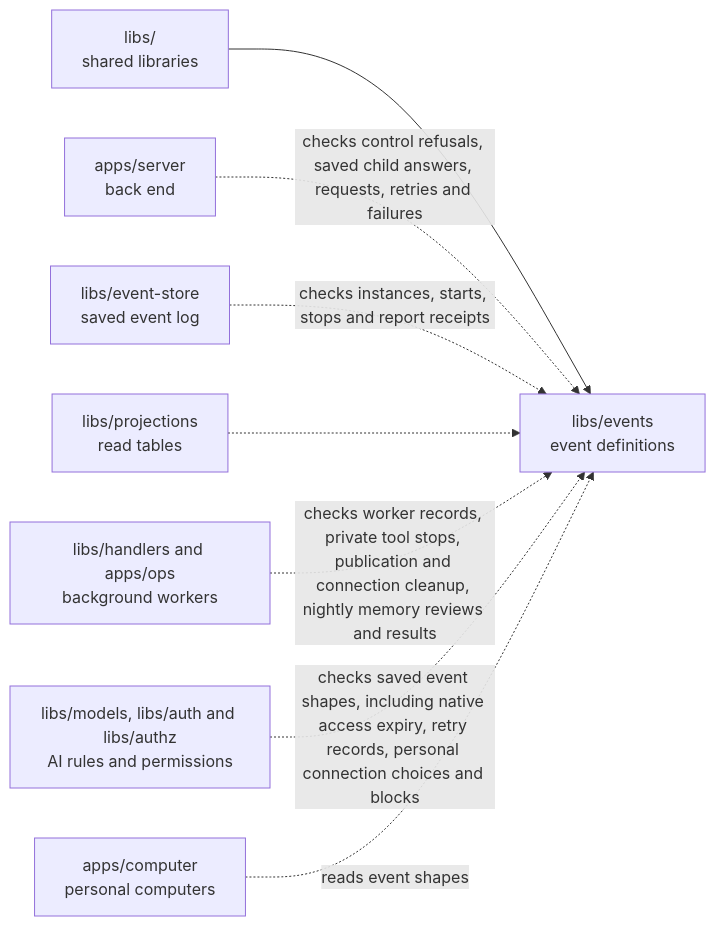
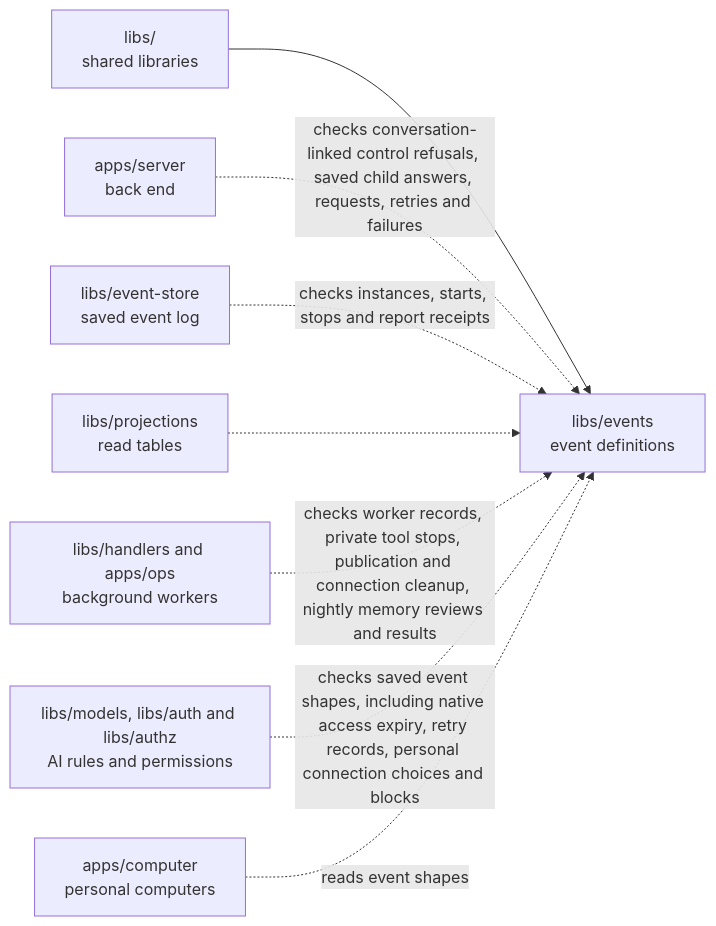
The diagram in libs/events/README.md (elewa-git/opencrane-new), drawn with Mermaid before and after one commit. The commit also changed other lines of this file and 10 other files, not shown here.

Commit message:
🔧 Keep authenticated control refusals in conversation history

````diff
--- a/libs/events/README.md
+++ b/libs/events/README.md
@@ -20,10 +20,10 @@
 ```mermaid
 flowchart LR
   parent["libs/<br/>shared libraries"] --> events["libs/events<br/>event definitions"]
-  server["apps/server<br/>back end"] -.->|checks control refusals, saved child answers, requests, retries and failures| events
+  server["apps/server<br/>back end"] -.->|checks conversation-linked control refusals, saved child answers, requests, retries and failures| events
   store["libs/event-store<br/>saved event log"] -.->|checks instances, starts, stops and report receipts| events
   projections["libs/projections<br/>read tables"] -.-> events
   workers["libs/handlers and apps/ops<br/>background workers"] -.->|checks worker records, private tool stops, publication and connection cleanup, nightly memory reviews and results| events
   models["libs/models, libs/auth and libs/authz<br/>AI rules and permissions"] -.->|checks saved event shapes, including native access expiry, retry records, personal connection choices and blocks| events
   computer["apps/computer<br/>personal computers"] -.->|reads event shapes| events
 ```
````
